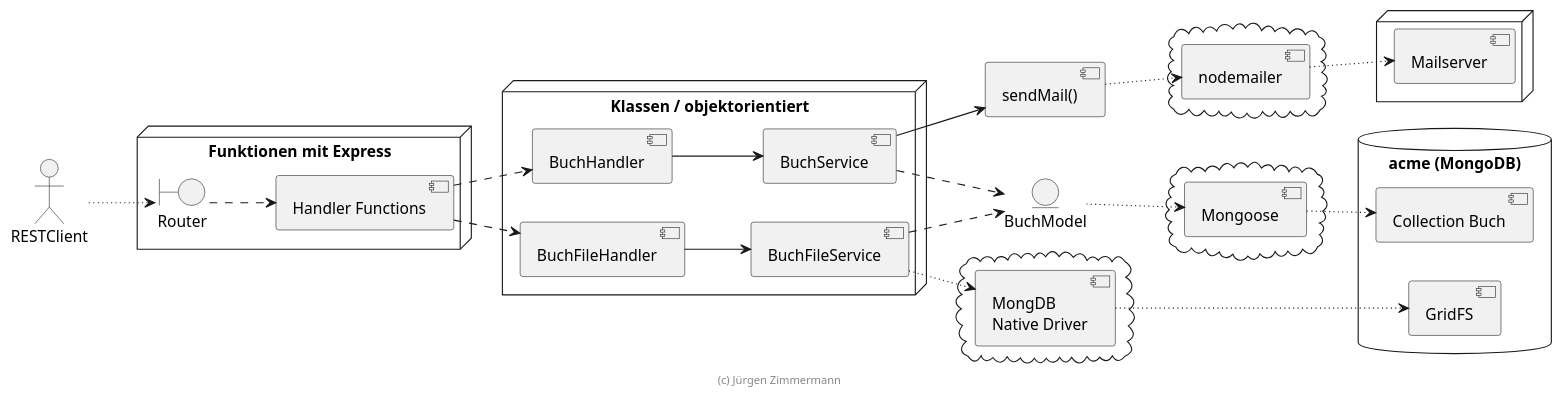
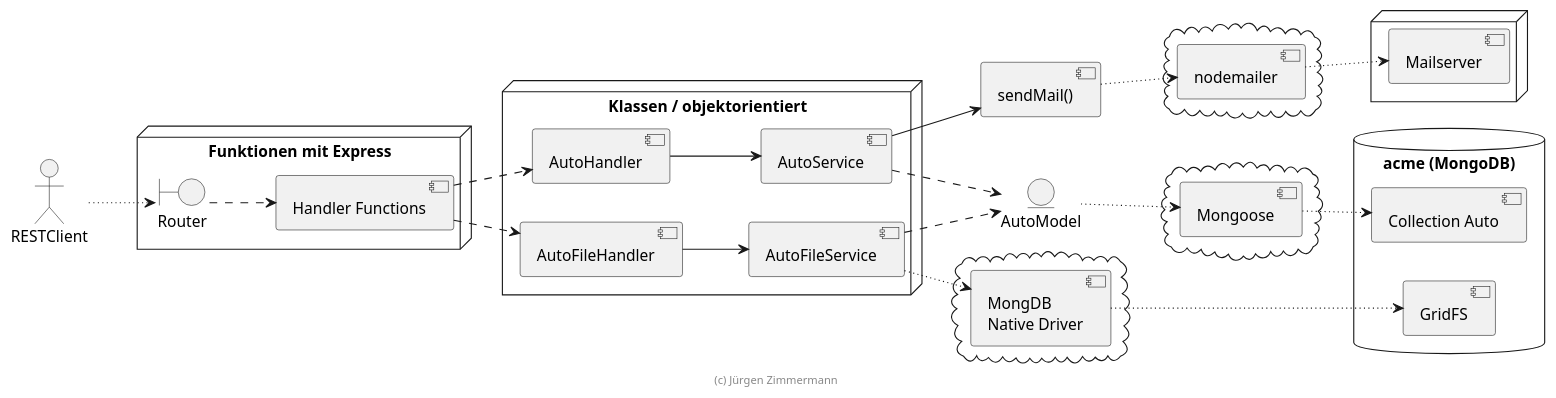
One commit to fabiansw/sweablage changed the diagram in doc/komponenten.puml. Above: the diagram before and after it, drawn with PlantUML. The commit also changed 1 other file, not shown here.

```diff
--- a/doc/komponenten.puml
+++ b/doc/komponenten.puml
@@ -15,69 +15,69 @@
 @startuml Komponenten
 
 skinparam componentStyle uml2
 
 left to right direction
 
 actor RESTClient
 
 node "Funktionen mit Express" {
   boundary Router
   [Handler Functions]
 }
 
 node "Klassen / objektorientiert" {
-  [BuchHandler]
-  [BuchFileHandler]
+  [AutoHandler]
+  [AutoFileHandler]
 
-  [BuchService]
-  [BuchFileService]
+  [AutoService]
+  [AutoFileService]
 }
 
 [sendMail()] as sendMail
 
-entity BuchModel
+entity AutoModel
 
 cloud {
     [Mongoose]
 }
 
 cloud {
     [MongDB\nNative Driver]
 }
 
 cloud {
     [nodemailer]
 }
 
 database "acme (MongoDB)" {
-    [Collection Buch]
+    [Collection Auto]
     [GridFS]
 }
 
 node {
     [Mailserver]
 }
 
 
 RESTClient ~~> [Router]
 [Router] ..> [Handler Functions]
-[Handler Functions] ..> [BuchHandler]
-[Handler Functions] ..> [BuchFileHandler]
+[Handler Functions] ..> [AutoHandler]
+[Handler Functions] ..> [AutoFileHandler]
 
-[BuchHandler] --> [BuchService]
-[BuchFileHandler] --> [BuchFileService]
-[BuchService] ..> [BuchModel]
-[BuchFileService] ..> [BuchModel]
+[AutoHandler] --> [AutoService]
+[AutoFileHandler] --> [AutoFileService]
+[AutoService] ..> [AutoModel]
+[AutoFileService] ..> [AutoModel]
 
-[BuchModel] ~~> [Mongoose]
-[BuchFileService] ~~> [MongDB\nNative Driver]
+[AutoModel] ~~> [Mongoose]
+[AutoFileService] ~~> [MongDB\nNative Driver]
 [sendMail] ~~> [nodemailer]
-[Mongoose] ~~> [Collection Buch]
+[Mongoose] ~~> [Collection Auto]
 [MongDB\nNative Driver] ~~> [GridFS]
 
-[BuchService] --> [sendMail]
+[AutoService] --> [sendMail]
 [nodemailer] ~~> [Mailserver]
 
 footer (c) Jürgen Zimmermann
 
 @enduml
```
